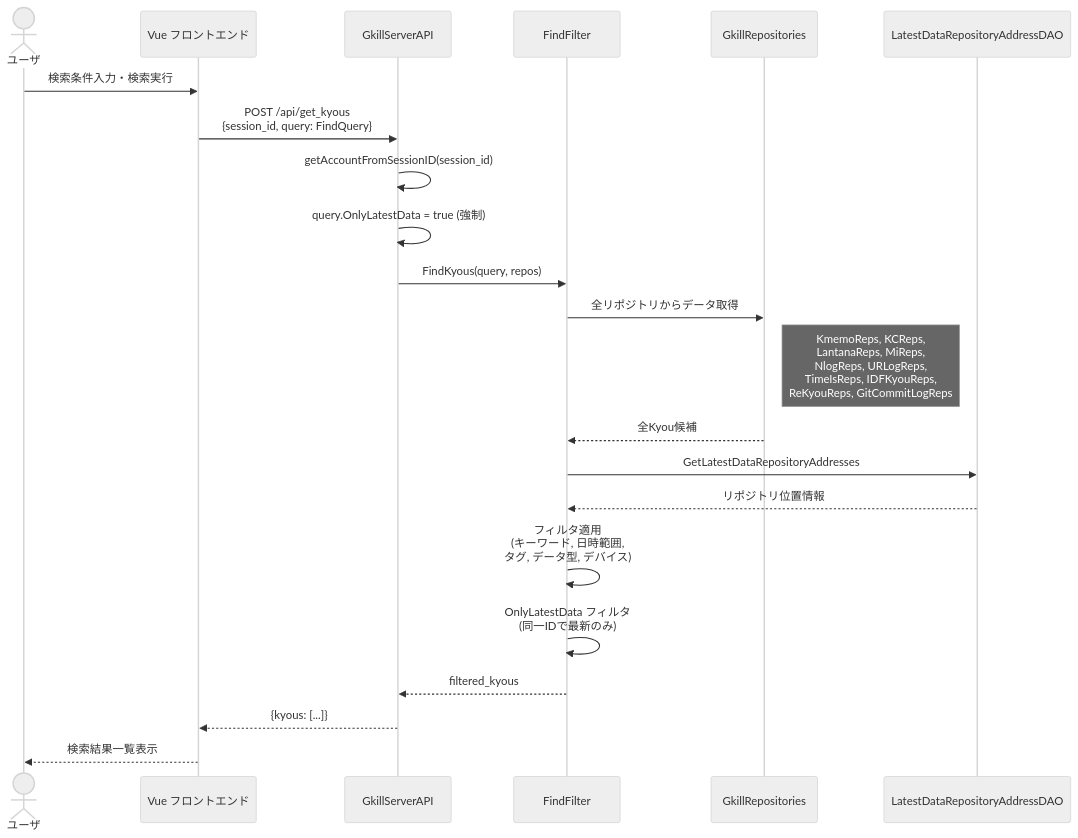
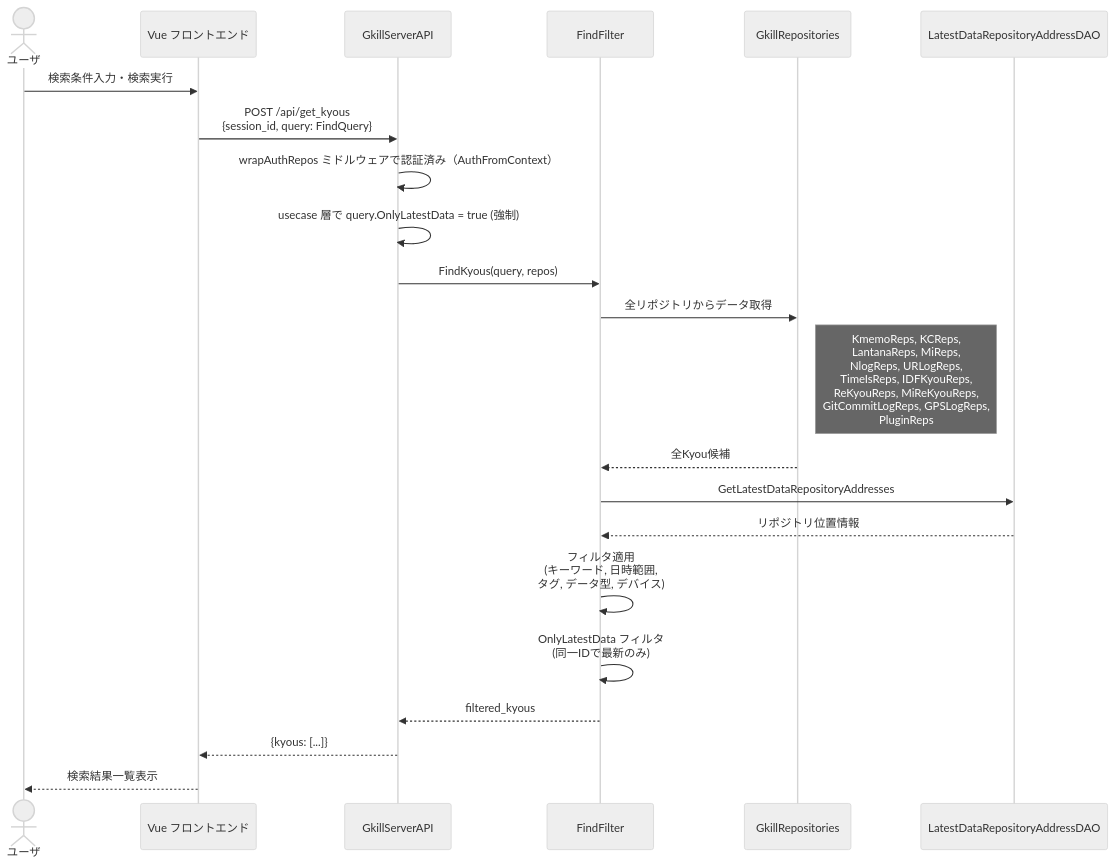
The sixth of 28 diagrams in documents/reverse/sequence-diagrams.md (mt3hr/gkill), drawn with Mermaid (neutral theme) before and after one commit. The commit also changed other lines of this file and 146 other files, not shown here.

````diff
--- a/documents/reverse/sequence-diagrams.md
+++ b/documents/reverse/sequence-diagrams.md
@@ -132,25 +134,25 @@
 ```mermaid
 sequenceDiagram
     actor User as ユーザ
     participant UI as Vue フロントエンド
     participant API as GkillServerAPI
     participant Filter as FindFilter
     participant Repos as GkillRepositories
     participant Cache as LatestDataRepositoryAddressDAO
 
     User->>UI: 検索条件入力・検索実行
     UI->>API: POST /api/get_kyous<br>{session_id, query: FindQuery}
-    API->>API: getAccountFromSessionID(session_id)
-    API->>API: query.OnlyLatestData = true (強制)
+    API->>API: wrapAuthRepos ミドルウェアで認証済み（AuthFromContext）
+    API->>API: usecase 層で query.OnlyLatestData = true (強制)
     API->>Filter: FindKyous(query, repos)
     Filter->>Repos: 全リポジトリからデータ取得
-    Note right of Repos: KmemoReps, KCReps,<br>LantanaReps, MiReps,<br>NlogReps, URLogReps,<br>TimeIsReps, IDFKyouReps,<br>ReKyouReps, GitCommitLogReps
+    Note right of Repos: KmemoReps, KCReps,<br>LantanaReps, MiReps,<br>NlogReps, URLogReps,<br>TimeIsReps, IDFKyouReps,<br>ReKyouReps, MiReKyouReps,<br>GitCommitLogReps, GPSLogReps,<br>PluginReps
     Repos-->>Filter: 全Kyou候補
     Filter->>Cache: GetLatestDataRepositoryAddresses
     Cache-->>Filter: リポジトリ位置情報
     Filter->>Filter: フィルタ適用<br>(キーワード, 日時範囲,<br>タグ, データ型, デバイス)
     Filter->>Filter: OnlyLatestData フィルタ<br>(同一IDで最新のみ)
     Filter-->>API: filtered_kyous
     API-->>UI: {kyous: [...]}
     UI-->>User: 検索結果一覧表示
 ```
````
